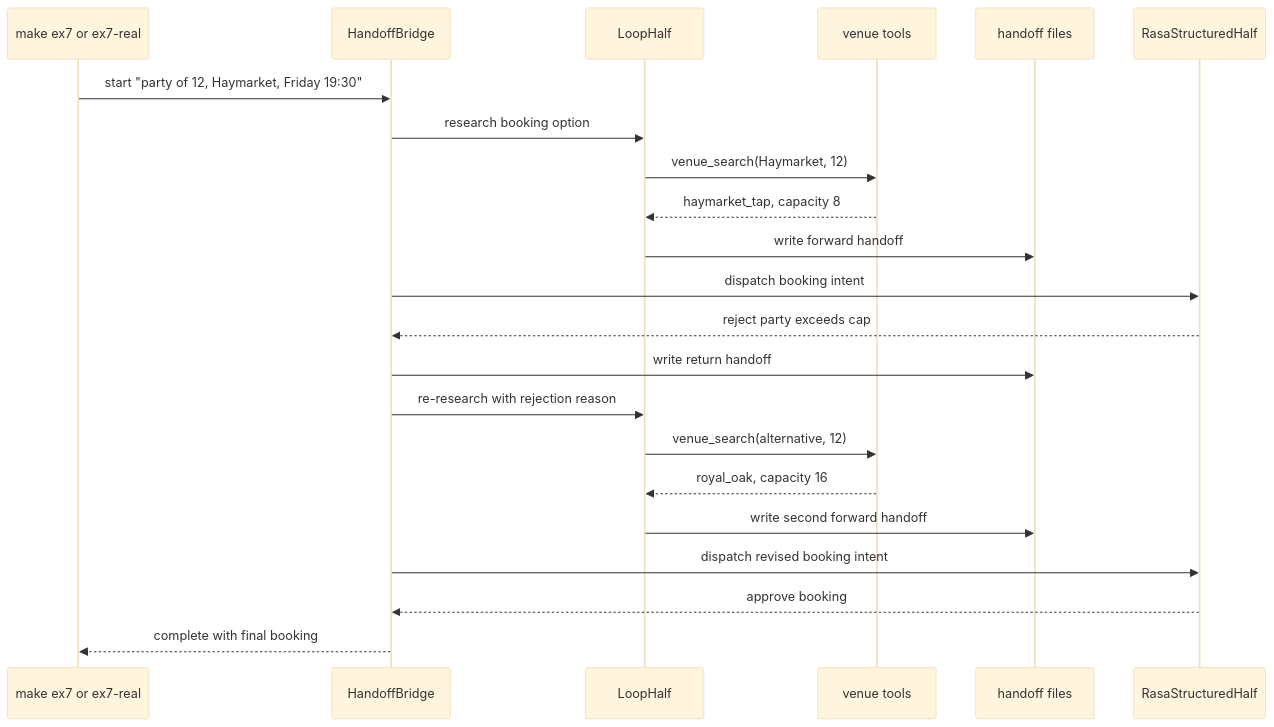
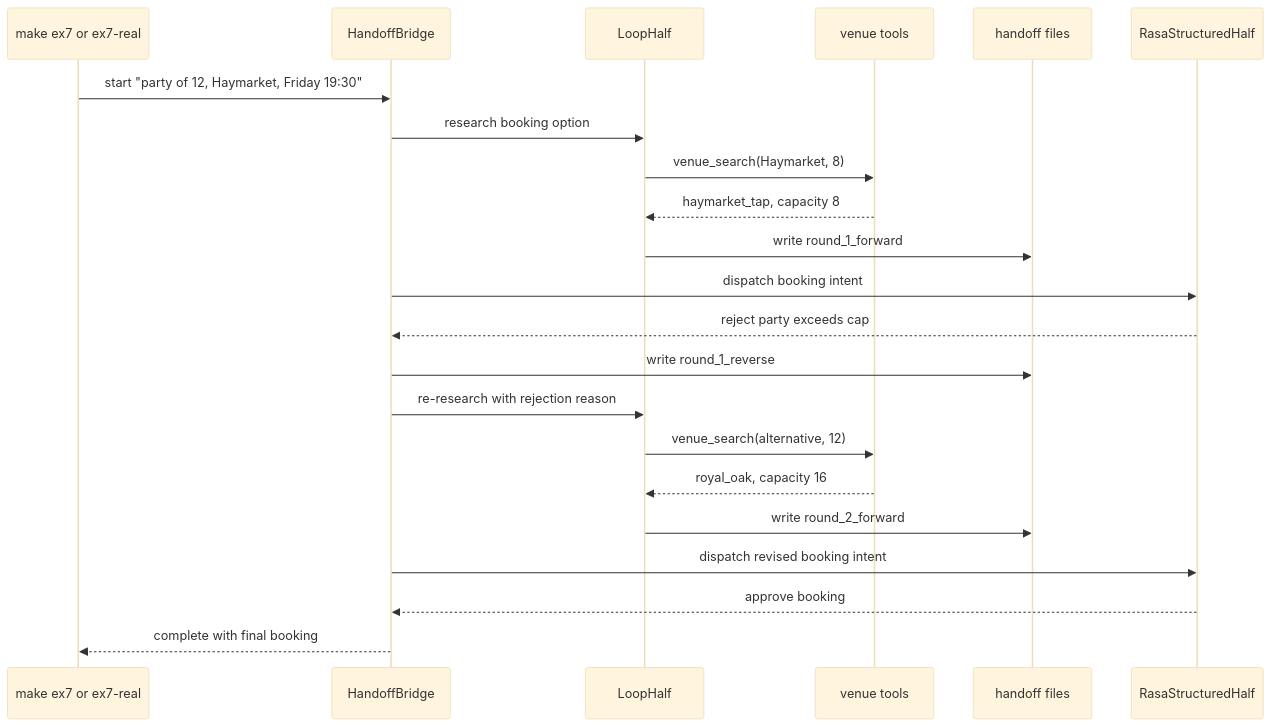
One commit to khab40/homework-pub-booking changed the diagram in docs/architecture/ex7-handoff-bridge.md. Above: the diagram before and after it, drawn with Mermaid (base theme). The commit also changed other lines of this file and 121 other files, not shown here.

````diff
--- a/docs/architecture/ex7-handoff-bridge.md
+++ b/docs/architecture/ex7-handoff-bridge.md
@@ -15,25 +20,25 @@
 ```mermaid
 sequenceDiagram
     participant Make as make ex7 or ex7-real
     participant Bridge as HandoffBridge
     participant LoopAgent as LoopHalf
     participant Tools as venue tools
     participant Store as handoff files
     participant Structured as RasaStructuredHalf
 
     Make->>Bridge: start "party of 12, Haymarket, Friday 19:30"
     Bridge->>LoopAgent: research booking option
-    LoopAgent->>Tools: venue_search(Haymarket, 12)
+    LoopAgent->>Tools: venue_search(Haymarket, 8)
     Tools-->>LoopAgent: haymarket_tap, capacity 8
-    LoopAgent->>Store: write forward handoff
+    LoopAgent->>Store: write round_1_forward
     Bridge->>Structured: dispatch booking intent
     Structured-->>Bridge: reject party exceeds cap
-    Bridge->>Store: write return handoff
+    Bridge->>Store: write round_1_reverse
     Bridge->>LoopAgent: re-research with rejection reason
     LoopAgent->>Tools: venue_search(alternative, 12)
     Tools-->>LoopAgent: royal_oak, capacity 16
-    LoopAgent->>Store: write second forward handoff
+    LoopAgent->>Store: write round_2_forward
     Bridge->>Structured: dispatch revised booking intent
     Structured-->>Bridge: approve booking
     Bridge-->>Make: complete with final booking
 ```
````
